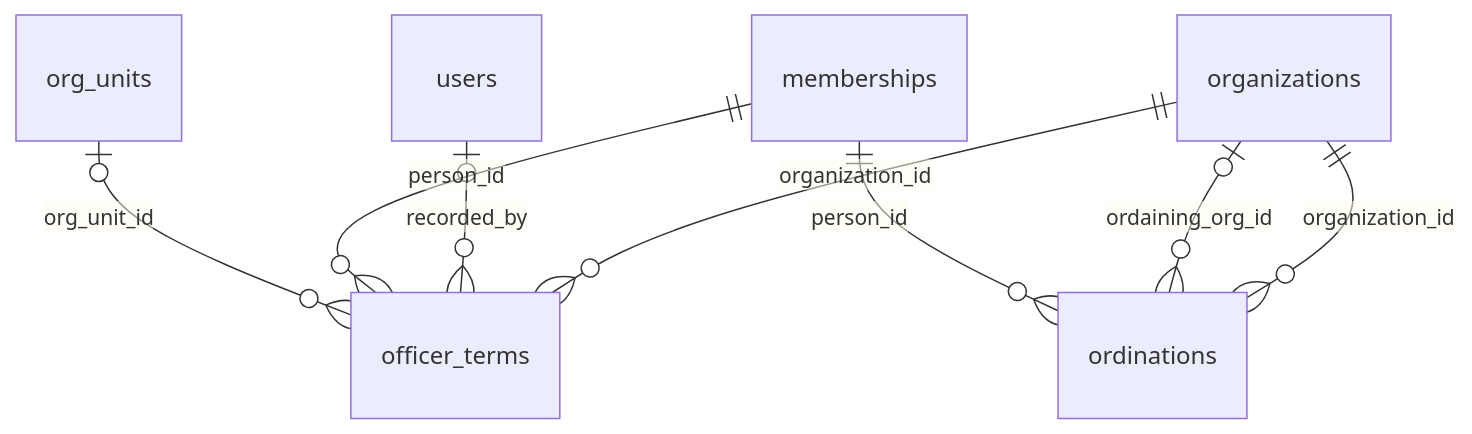
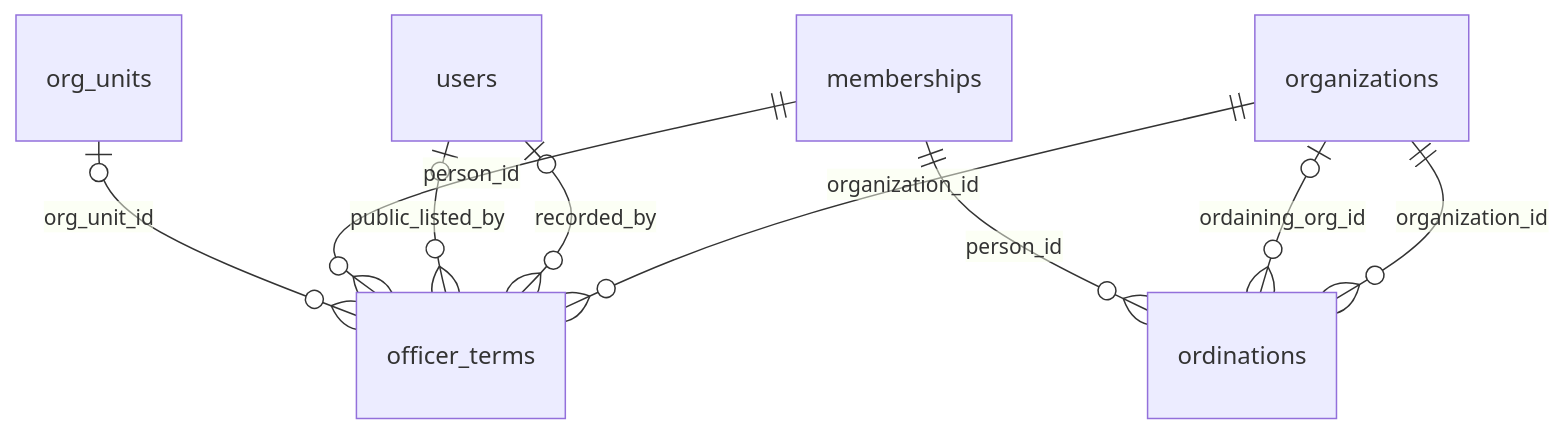
Before and after one commit to chenson42/presby: the fifth of 10 diagrams in docs/schema-design.md, drawn with Mermaid. The commit also changed other lines of this file and 61 other files, not shown here.

````diff
--- a/docs/schema-design.md
+++ b/docs/schema-design.md
@@ -170,10 +171,11 @@
 ```mermaid
 erDiagram
   organizations ||--o{ officer_terms : "organization_id"
   users |o--o{ officer_terms : "recorded_by"
+  users |o--o{ officer_terms : "public_listed_by"
   memberships ||--o{ officer_terms : "person_id"
   org_units |o--o{ officer_terms : "org_unit_id"
   organizations ||--o{ ordinations : "organization_id"
   organizations |o--o{ ordinations : "ordaining_org_id"
   memberships ||--o{ ordinations : "person_id"
 ```
````
